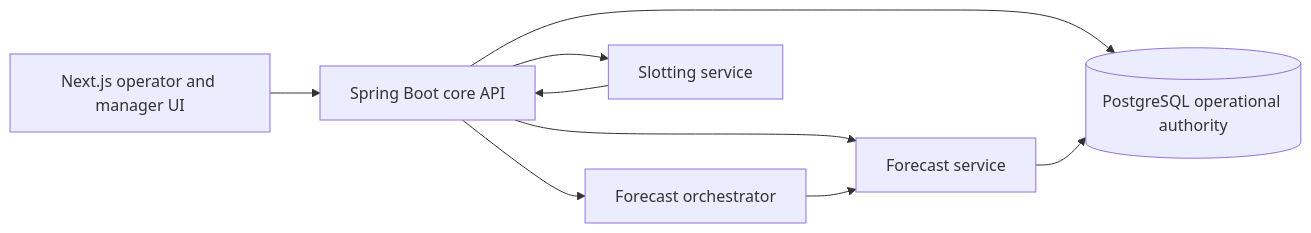
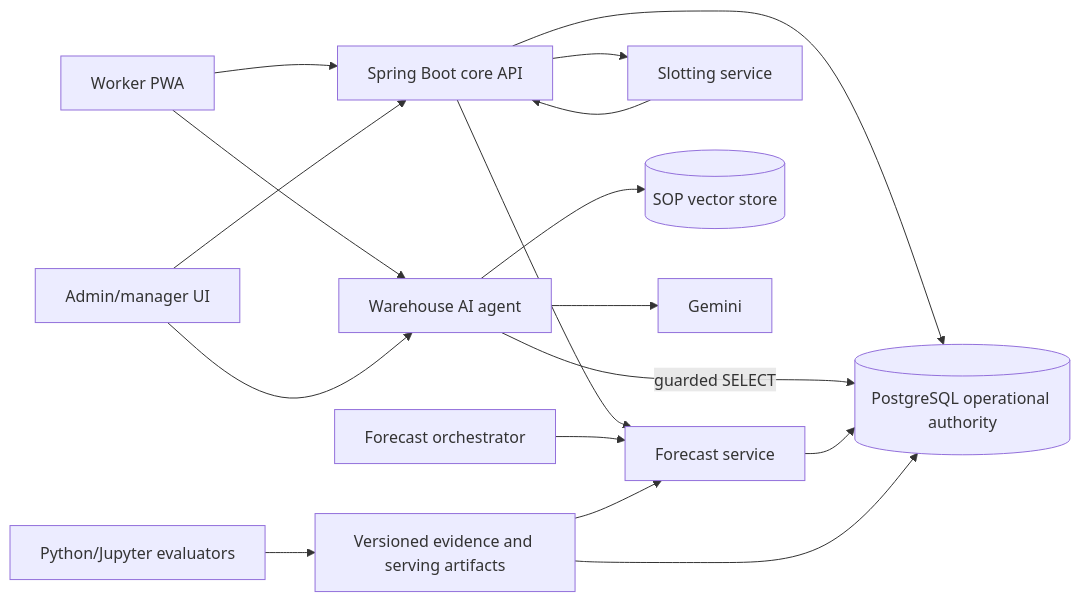
The diagram in README.md (Oxshadha/OptiWMS), drawn with Mermaid before and after one commit. The commit also changed other lines of this file and 5 other files, not shown here.

````diff
--- a/README.md
+++ b/README.md
@@ -35,11 +314,19 @@
 ```mermaid
 flowchart LR
-    UI["Next.js operator and manager UI"] --> API["Spring Boot core API"]
+    WPWA["Worker PWA"] --> API["Spring Boot core API"]
+    ADMIN["Admin/manager UI"] --> API
     API --> PG[("PostgreSQL operational authority")]
     API --> F["Forecast service"]
-    API --> O["Forecast orchestrator"]
     API --> S["Slotting service"]
+    O["Forecast orchestrator"] --> F
+    WPWA --> AG["Warehouse AI agent"]
+    ADMIN --> AG
+    AG --> V[("SOP vector store")]
+    AG --> L["Gemini"]
+    AG -->|guarded SELECT| PG
     F --> PG
-    O --> F
     S --> API
+    E["Python/Jupyter evaluators"] --> A["Versioned evidence and serving artifacts"]
+    A --> F
+    A --> PG
 ```
````
